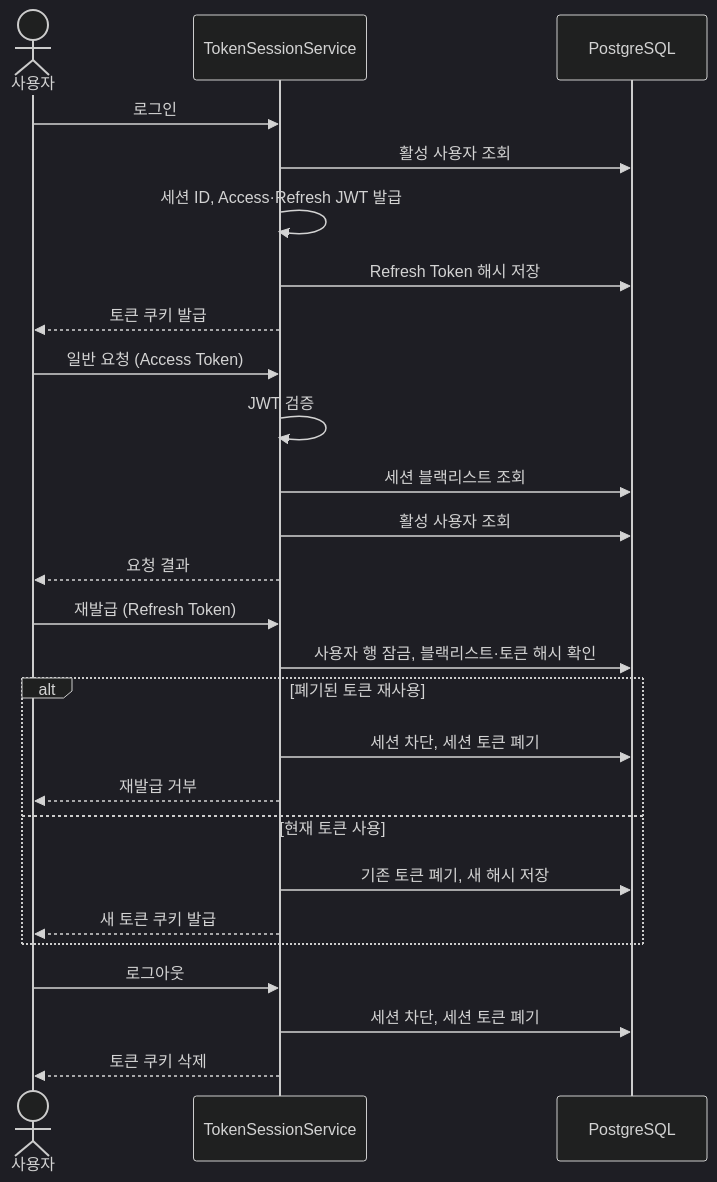
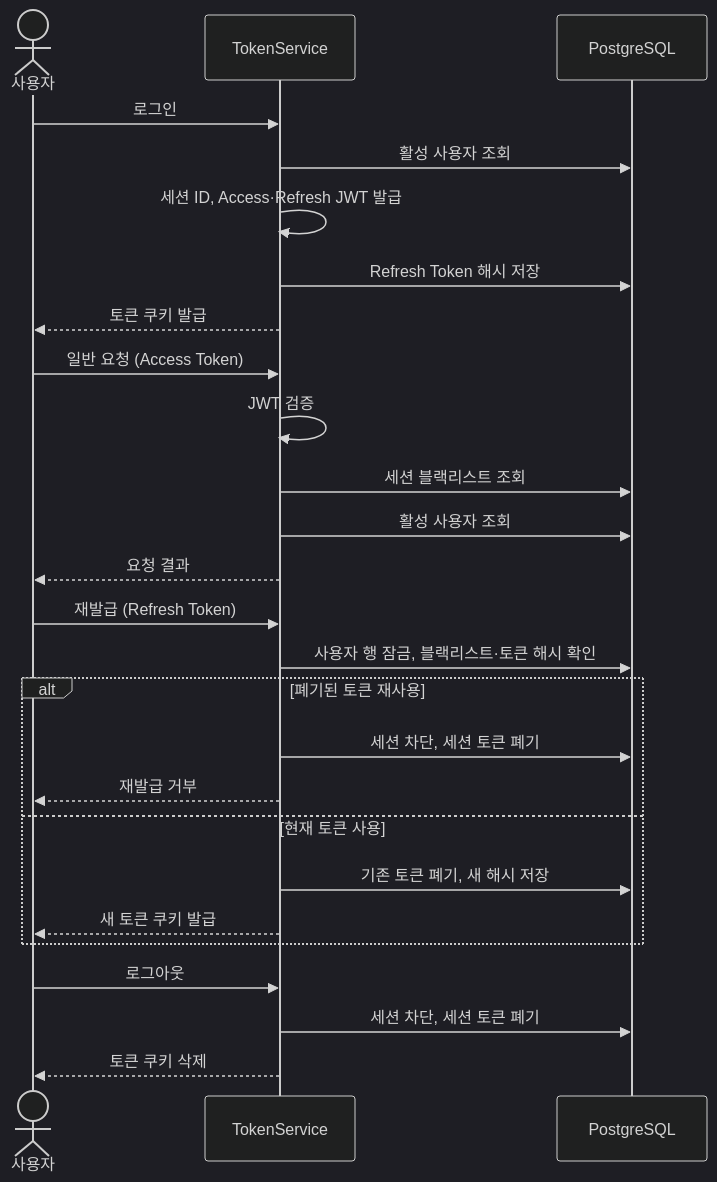
The first of 3 diagrams in docs/architecture/ARCH-002 리프레시 토큰과 블랙리스트 Redis 전환 설계.md (Codeiary/Codeiary-BE), drawn with Mermaid (dark theme) before and after one commit. The commit also changed other lines of this file and 3 other files, not shown here.

````diff
--- a/docs/architecture/ARCH-002 리프레시 토큰과 블랙리스트 Redis 전환 설계.md
+++ b/docs/architecture/ARCH-002 리프레시 토큰과 블랙리스트 Redis 전환 설계.md
@@ -21,32 +23,32 @@
 ```mermaid
 sequenceDiagram
     actor User as 사용자
-    participant API as TokenSessionService
+    participant API as TokenService
     participant DB as PostgreSQL
 
     User->>API: 로그인
     API->>DB: 활성 사용자 조회
     API->>API: 세션 ID, Access·Refresh JWT 발급
     API->>DB: Refresh Token 해시 저장
     API-->>User: 토큰 쿠키 발급
 
     User->>API: 일반 요청 (Access Token)
     API->>API: JWT 검증
     API->>DB: 세션 블랙리스트 조회
     API->>DB: 활성 사용자 조회
     API-->>User: 요청 결과
 
     User->>API: 재발급 (Refresh Token)
     API->>DB: 사용자 행 잠금, 블랙리스트·토큰 해시 확인
     alt 폐기된 토큰 재사용
         API->>DB: 세션 차단, 세션 토큰 폐기
         API-->>User: 재발급 거부
     else 현재 토큰 사용
         API->>DB: 기존 토큰 폐기, 새 해시 저장
         API-->>User: 새 토큰 쿠키 발급
     end
 
     User->>API: 로그아웃
     API->>DB: 세션 차단, 세션 토큰 폐기
     API-->>User: 토큰 쿠키 삭제
 ```
````
